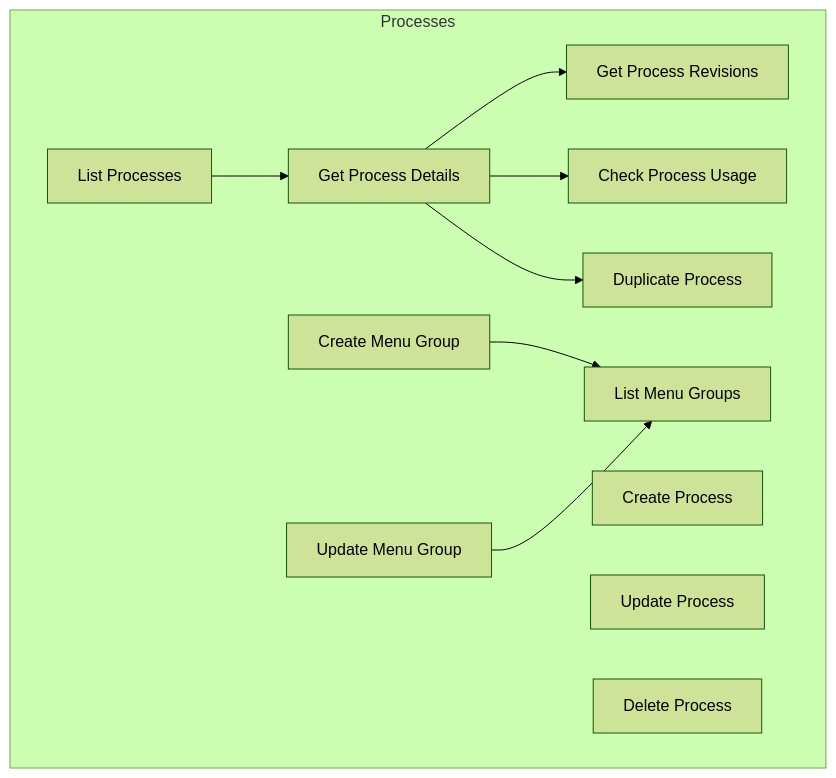
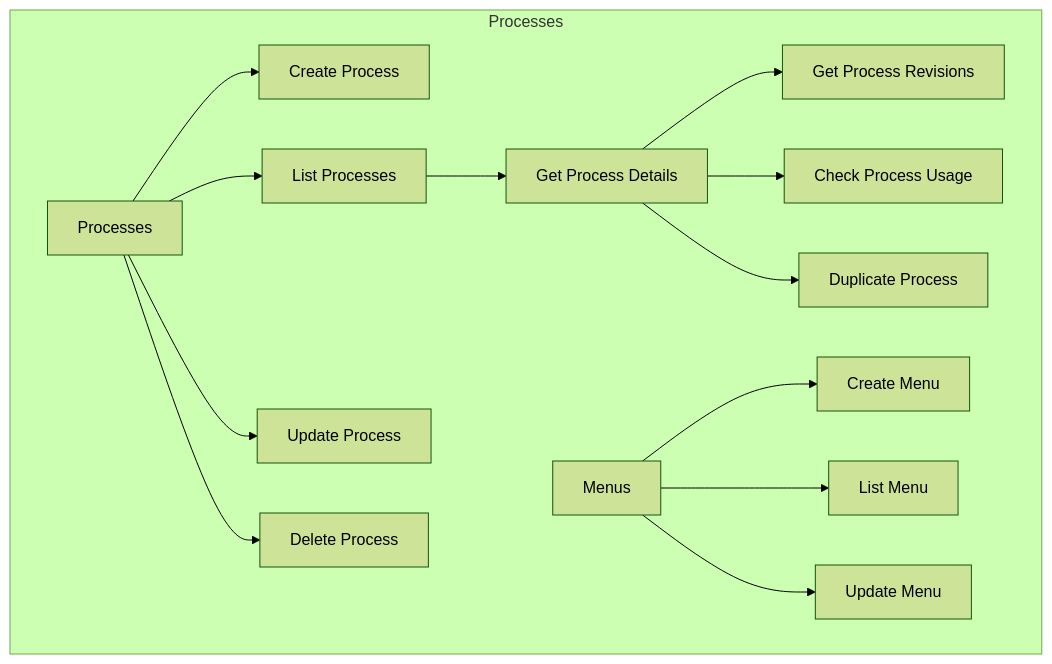
Before and after one commit to UMMS-Biocore/foundry-sdk: the third of 3 diagrams in README.md, drawn with Mermaid (forest theme).

Commit message:
graph fix

````diff
--- a/README.md
+++ b/README.md
@@ -379,24 +379,31 @@
 ```mermaid
 graph LR
     subgraph Processes
         direction LR
+        processesCLI[Processes]
         listProcessesCLI[List Processes]
         getProcessCLI[Get Process Details]
         getRevisionsCLI[Get Process Revisions]
         checkUsageCLI[Check Process Usage]
         duplicateProcessCLI[Duplicate Process]
-        createMenuGroupCLI[Create Menu Group]
-        listMenuGroupsCLI[List Menu Groups]
-        updateMenuGroupCLI[Update Menu Group]
+        menuCLI[Menus]
+        createMenuCLI[Create Menu]
+        listMenuCLI[List Menu]
+        updateMenuCLI[Update Menu]
         createProcessCLI[Create Process]
         updateProcessCLI[Update Process]
         deleteProcessCLI[Delete Process]
 
+        processesCLI --> createProcessCLI 
+        processesCLI --> listProcessesCLI
+        processesCLI --> updateProcessCLI
+        processesCLI --> deleteProcessCLI
         listProcessesCLI --> getProcessCLI
         getProcessCLI --> getRevisionsCLI
         getProcessCLI --> checkUsageCLI
         getProcessCLI --> duplicateProcessCLI
-        createMenuGroupCLI --> listMenuGroupsCLI
-        updateMenuGroupCLI --> listMenuGroupsCLI
+        menuCLI --> createMenuCLI
+        menuCLI --> listMenuCLI
+        menuCLI --> updateMenuCLI
     end
 ```
````
